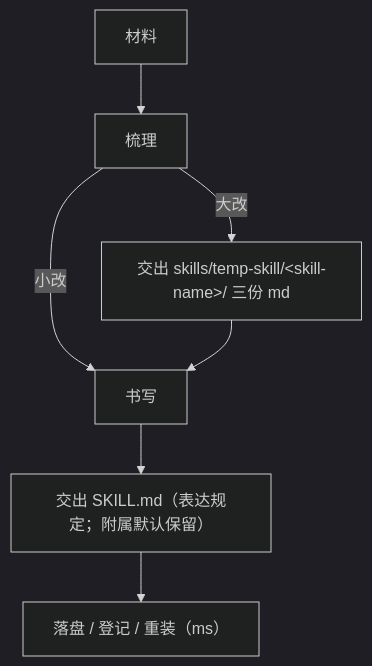
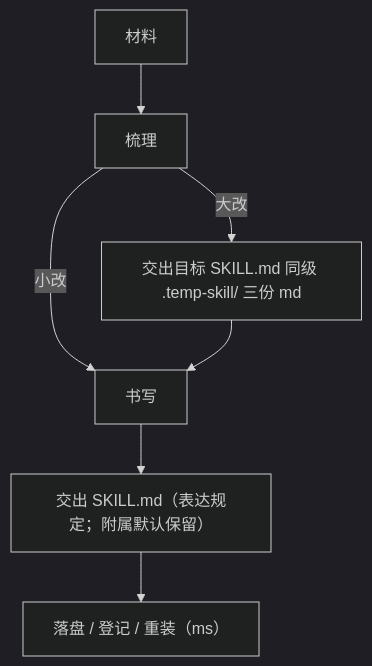
One commit to yanggggjie/my-skills changed the diagram in skills/write-skill/SKILL.md. Above: the diagram before and after it, drawn with Mermaid (dark theme). The commit also changed other lines of this file and 10 other files, not shown here.

Commit message:
把 ws 梳理目录改到目标 SKILL.md 同级的 .temp-skill/。

````diff
--- a/skills/write-skill/SKILL.md
+++ b/skills/write-skill/SKILL.md
@@ -13,9 +13,9 @@
 ```mermaid
 flowchart TD
   material[材料] --> comb[梳理]
   comb -->|小改| write[书写]
-  comb -->|大改| files["交出 skills/temp-skill/&lt;skill-name&gt;/ 三份 md"]
+  comb -->|大改| files["交出目标 SKILL.md 同级 .temp-skill/ 三份 md"]
   files --> write
   write --> md["交出 SKILL.md（表达规定；附属默认保留）"]
   md --> ms["落盘 / 登记 / 重装（ms）"]
 ```
````
